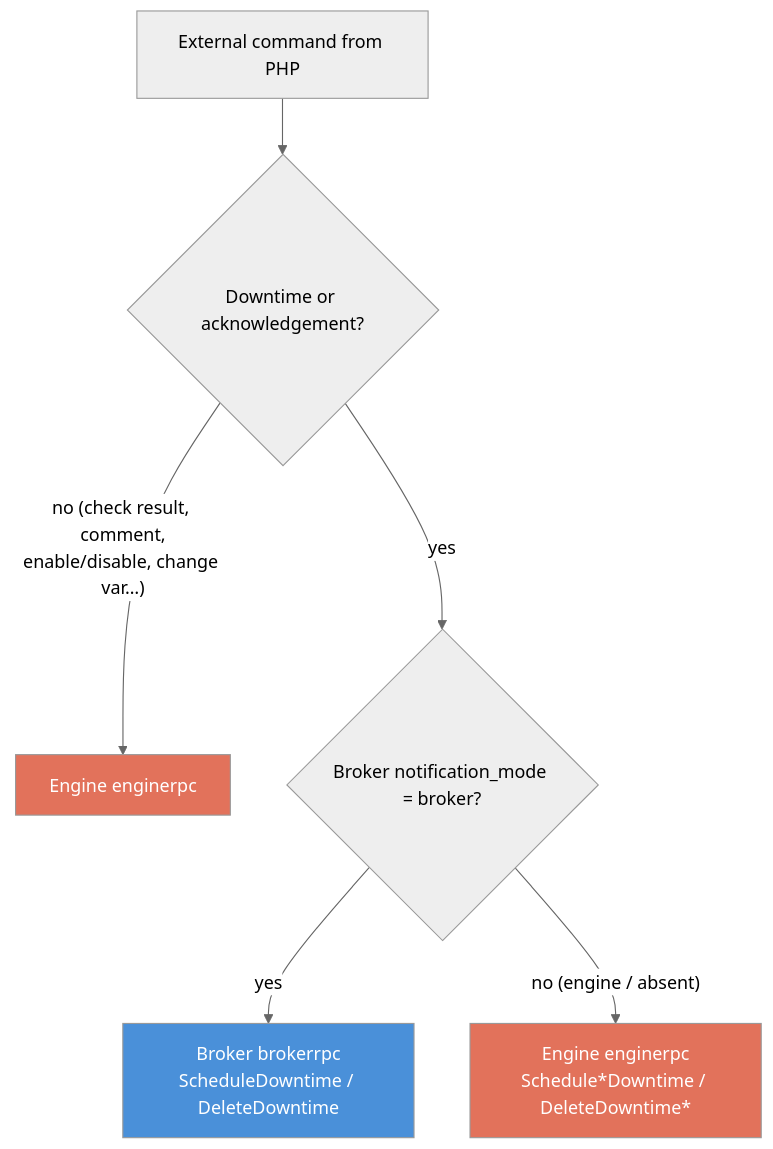
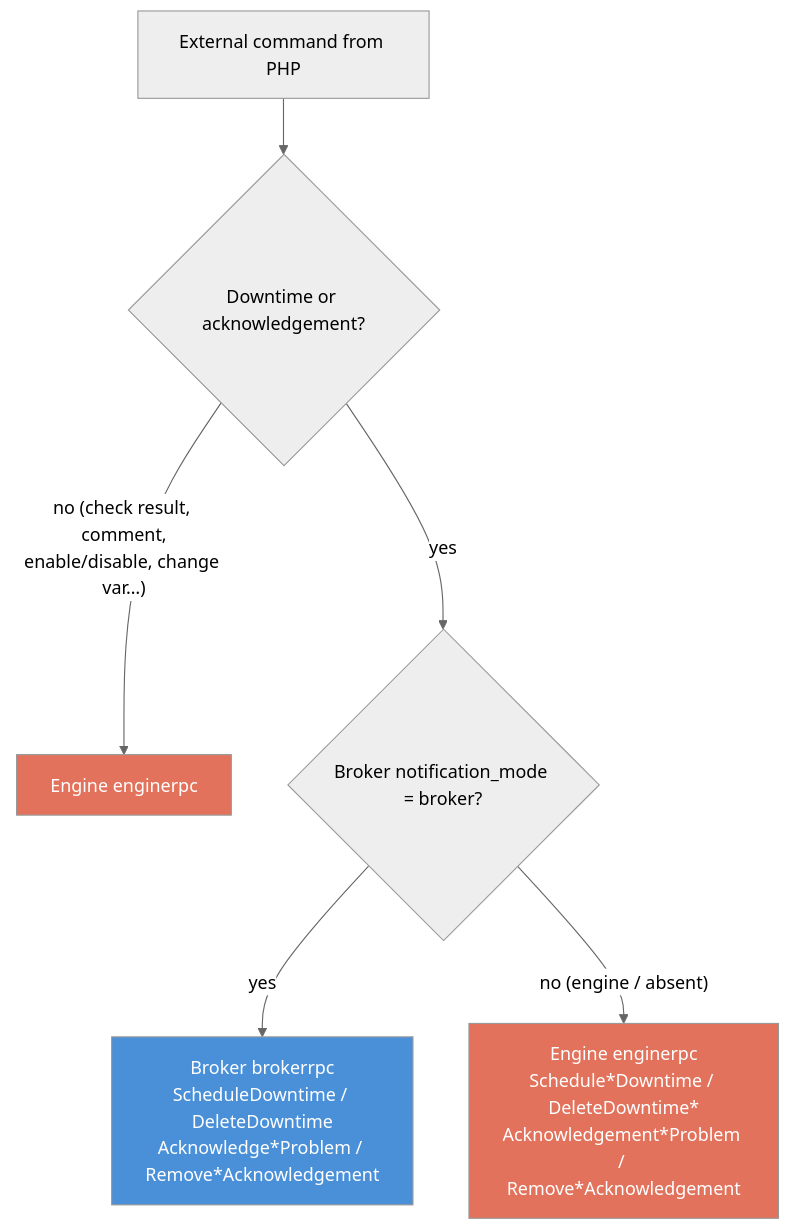
One commit to centreon/centreon-collect changed the diagram in doc/php-evolutions-en.md. Above: the diagram before and after it, drawn with Mermaid (neutral theme). The commit also changed other lines of this file and 5 other files, not shown here.

````diff
--- a/doc/php-evolutions-en.md
+++ b/doc/php-evolutions-en.md
@@ -218,12 +226,12 @@
 ```mermaid
 flowchart TD
     classDef engine fill:#e2725b,color:#fff;
     classDef broker fill:#4a90d9,color:#fff;
 
     CMD["External command from PHP"]
     CMD --> Q1{"Downtime or acknowledgement?"}
     Q1 -- "no (check result, comment,<br/>enable/disable, change var…)" --> ENG["Engine enginerpc"]:::engine
     Q1 -- "yes" --> Q2{"Broker notification_mode = broker?"}
-    Q2 -- "yes" --> BRK["Broker brokerrpc<br/>ScheduleDowntime / DeleteDowntime"]:::broker
-    Q2 -- "no (engine / absent)" --> ENG2["Engine enginerpc<br/>Schedule*Downtime / DeleteDowntime*"]:::engine
+    Q2 -- "yes" --> BRK["Broker brokerrpc<br/>ScheduleDowntime / DeleteDowntime<br/>Acknowledge*Problem / Remove*Acknowledgement"]:::broker
+    Q2 -- "no (engine / absent)" --> ENG2["Engine enginerpc<br/>Schedule*Downtime / DeleteDowntime*<br/>Acknowledgement*Problem / Remove*Acknowledgement"]:::engine
 ```
````
